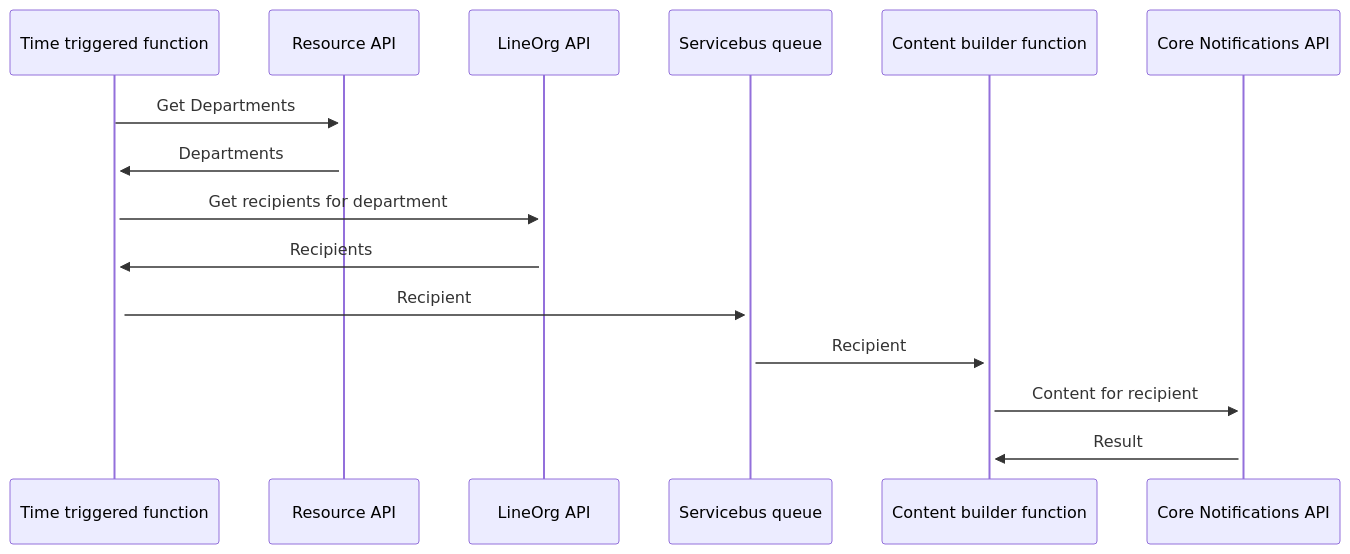
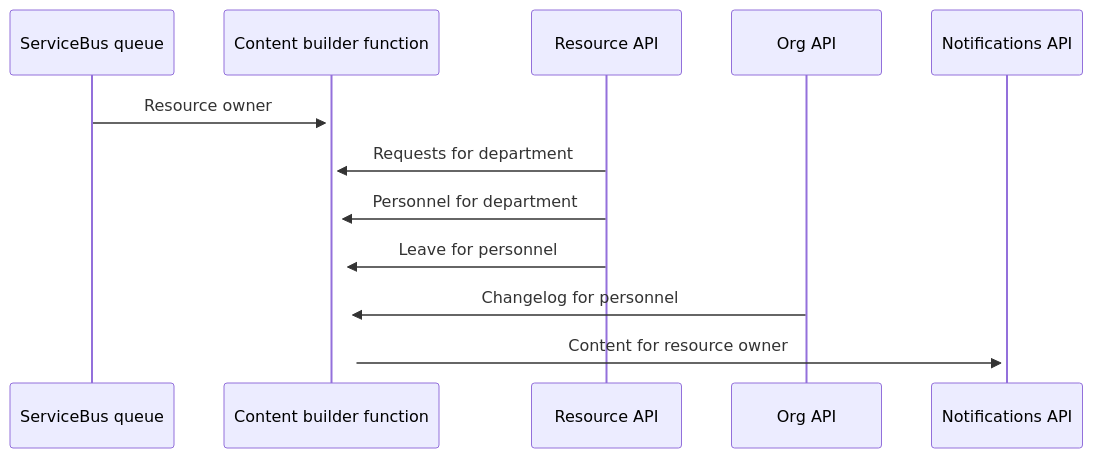
Before and after one commit to equinor/fusion-app-resources: the second of 2 diagrams in README.md, drawn with Mermaid. The commit also changed other lines of this file, not shown here.

````diff
--- a/README.md
+++ b/README.md
@@ -40,11 +48,9 @@
 ```mermaid
 sequenceDiagram
-  Time triggered function ->>+ Resource API: Get Departments
-  Resource API ->>+ Time triggered function: Departments
-  Time triggered function ->>+ LineOrg API: Get recipients for department
-  LineOrg API ->>+ Time triggered function: Recipients
-  Time triggered function ->>+ Servicebus queue: Recipient
-  Servicebus queue ->>+ Content builder function: Recipient
-  Content builder function ->>+ Core Notifications API: Content for recipient
-  Core Notifications API ->>+ Content builder function: Result
+  ServiceBus queue ->>+ Content builder function: Resource owner
+  Resource API ->>+ Content builder function: Requests for department
+  Resource API ->>+ Content builder function: Personnel for department
+  Resource API ->>+ Content builder function: Leave for personnel
+  Org API ->>+ Content builder function: Changelog for personnel
+  Content builder function ->>+ Notifications API: Content for resource owner
 ```
````
